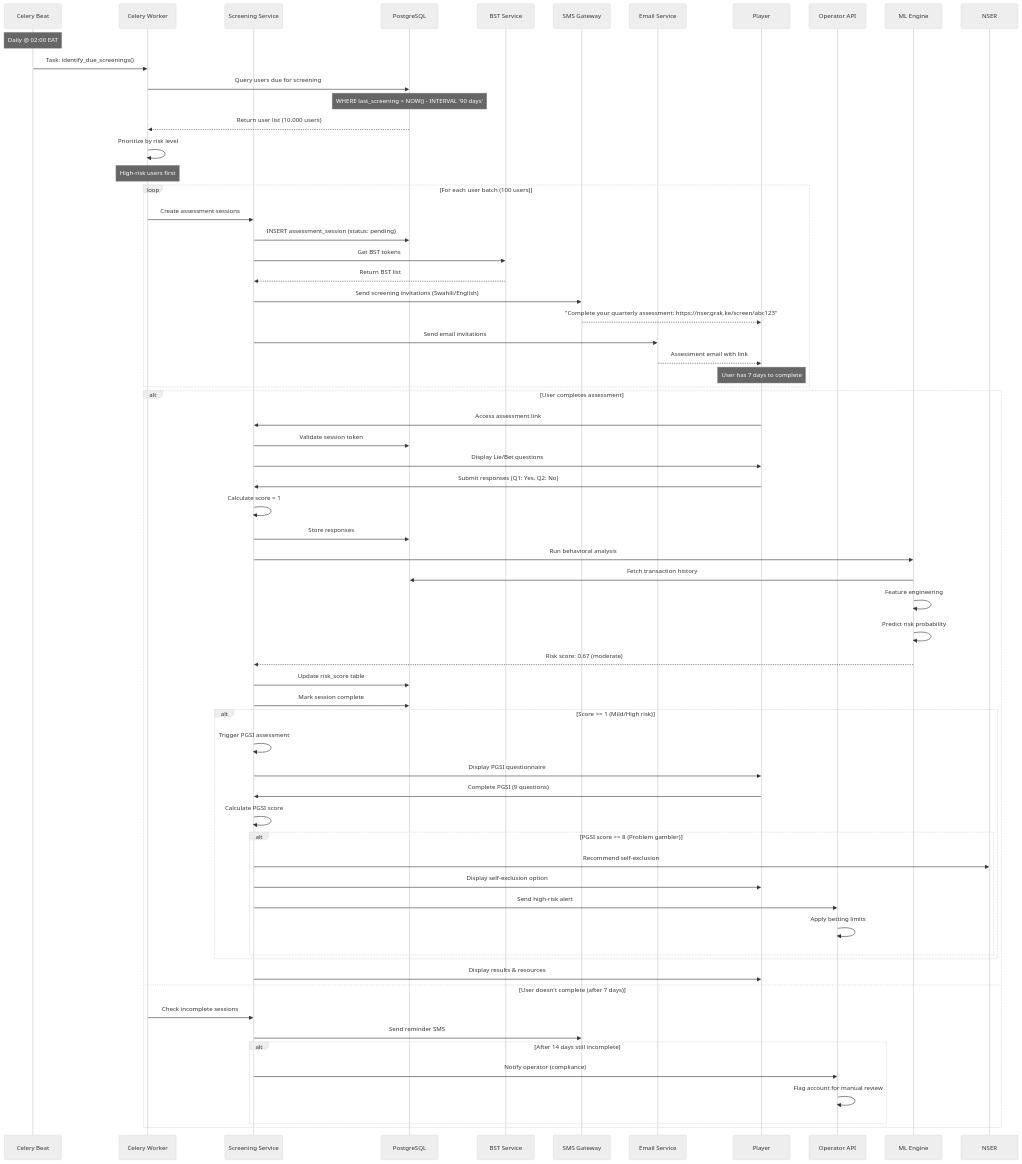
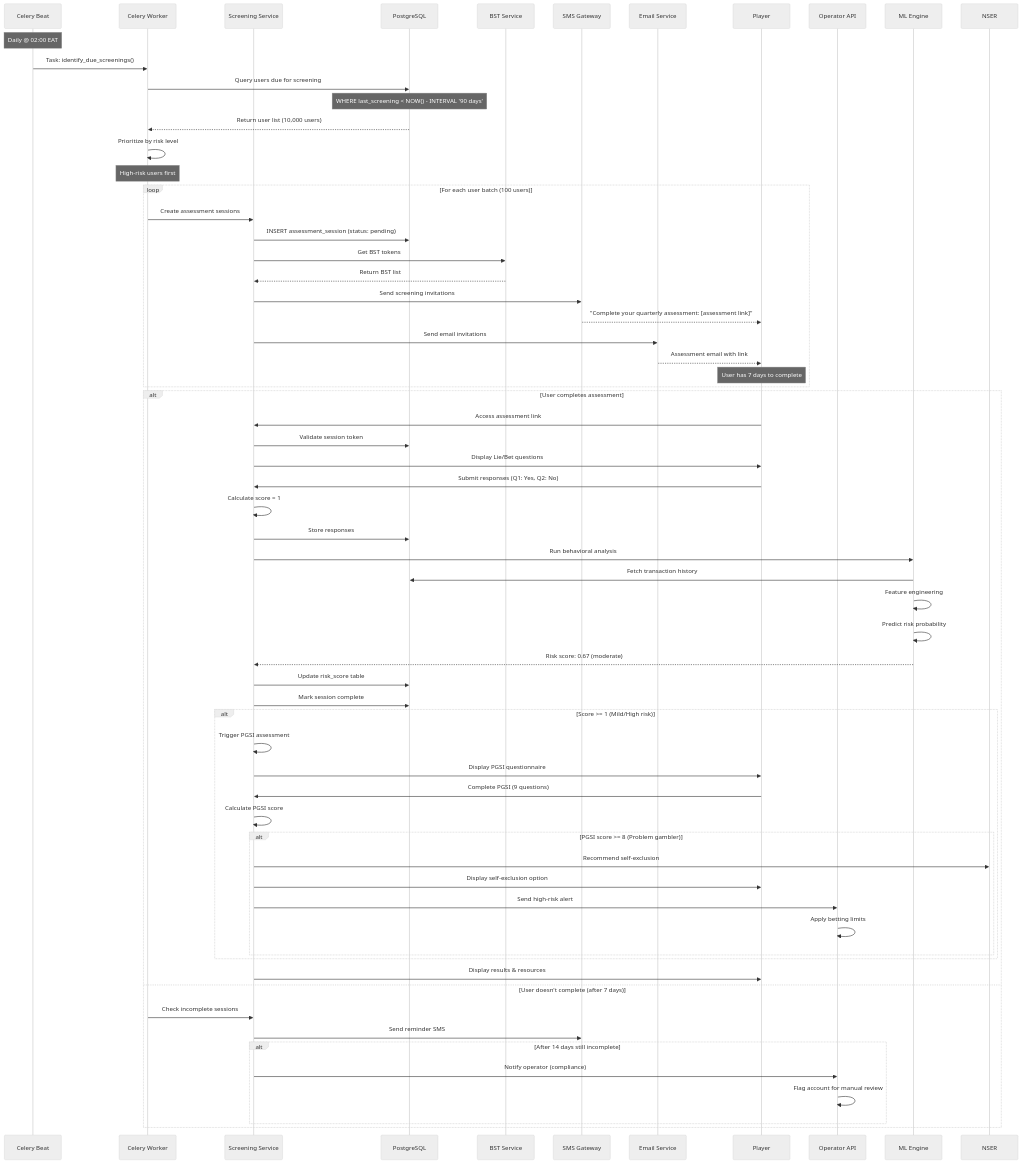
One commit to tomojanga/Bematore-NSER-RG changed the third of 9 diagrams in backend/docs/architecture/data-flow-diagrams.md. Above: the diagram before and after it, drawn with Mermaid (neutral theme). The commit also changed other lines of this file and 4 other files, not shown here.

```diff
--- a/backend/docs/architecture/data-flow-diagrams.md
+++ b/backend/docs/architecture/data-flow-diagrams.md
@@ -174,8 +174,8 @@
         Screen->>BST: Get BST tokens
         BST-->>Screen: Return BST list
         
-        Screen->>SMS: Send screening invitations (Swahili/English)
-        SMS-->>User: "Complete your quarterly assessment: https://nser.grak.ke/screen/abc123"
+        Screen->>SMS: Send screening invitations
+        SMS-->>User: "Complete your quarterly assessment: [assessment link]"
         
         Screen->>Email: Send email invitations
         Email-->>User: Assessment email with link
```
